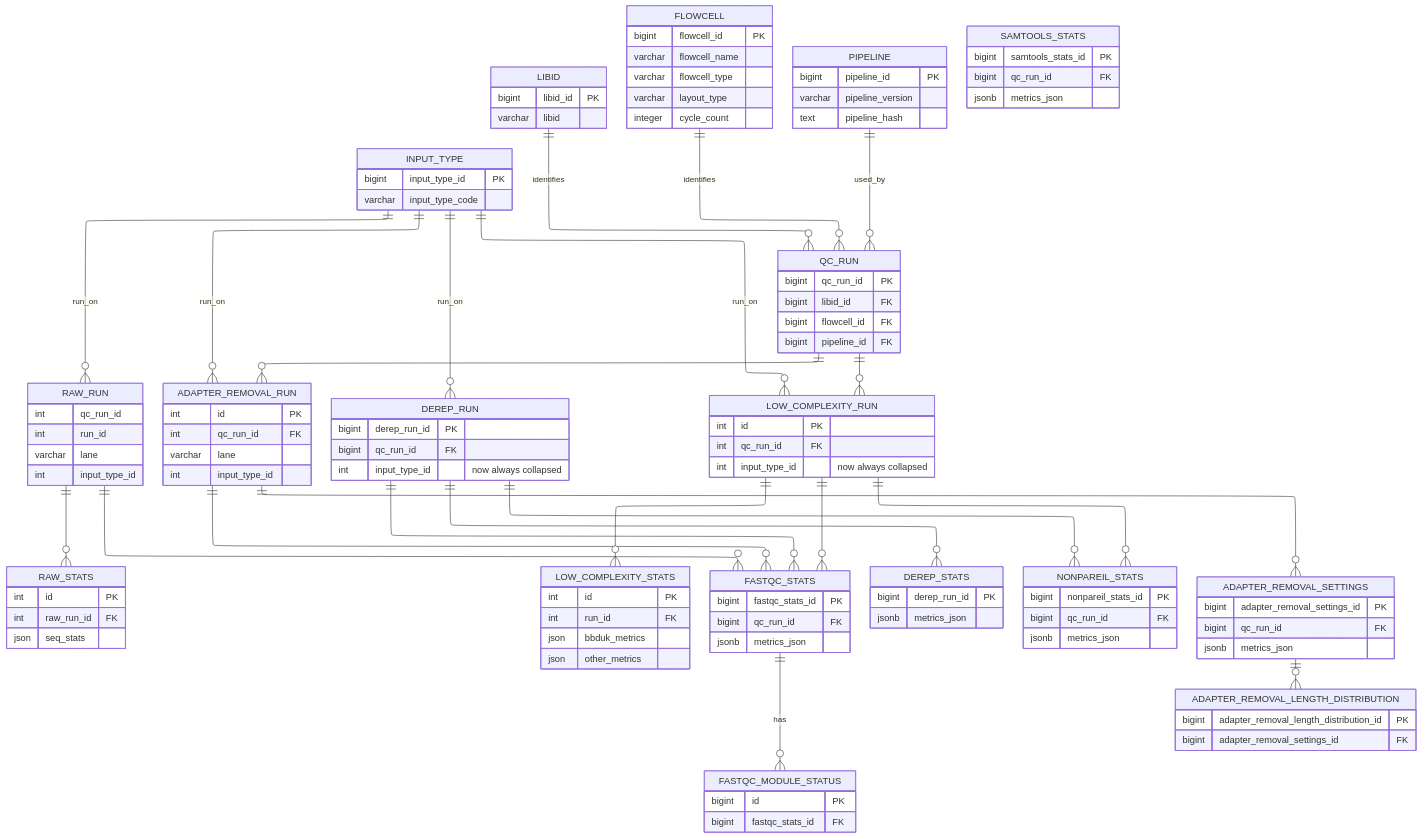
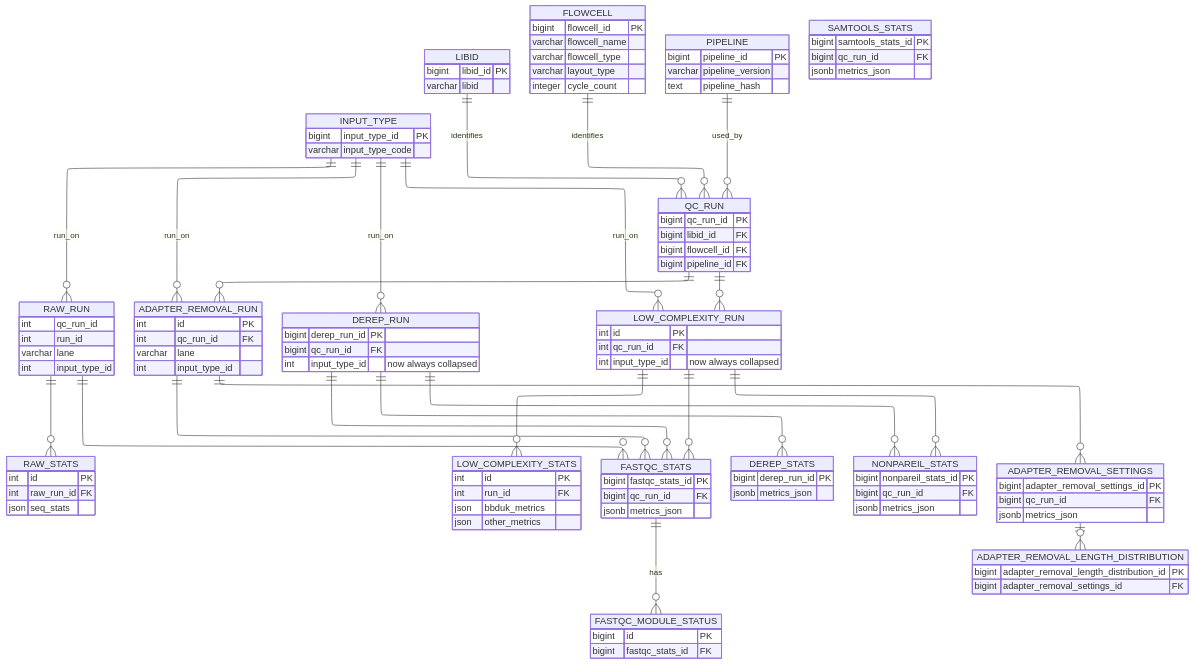
Before and after one commit to GeoGenetics/qc-parser: the diagram in diagrams/main diagrams/original_normalized_mj.md, drawn with Mermaid.

Commit message:
layout edits

```diff
--- a/diagrams/main diagrams/original_normalized_mj.md
+++ b/diagrams/main diagrams/original_normalized_mj.md
@@ -3,15 +3,8 @@
 config:
   layout: elk
   er:
-    layoutDirection: LR
-    nodeSpacing: 190
-    rankSpacing: 130
-    entityPadding: 9
-    minEntityWidth: 80
-    minEntityHeight: 50
-    fontSize: 11
-    diagramPadding: 20
-    useMaxWidth: false
+    entityPadding: 1
+    diagramPadding: 6
 ---
 erDiagram
     LIBID {
```
